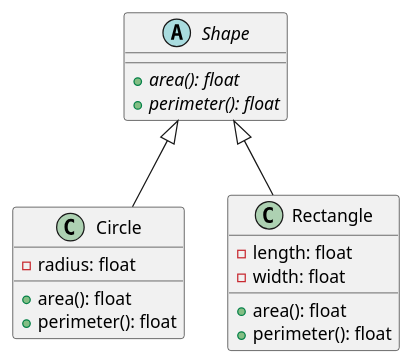
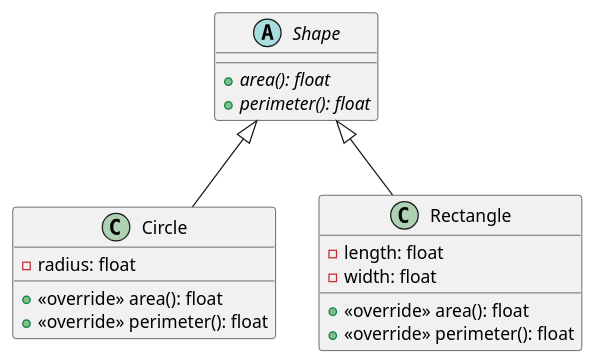
One commit to plops/cl-py-generator changed the sixth of 6 diagrams in example/127_design_patterns/README.md. Above: the diagram before and after it, drawn with PlantUML.

Commit message:
indicate the overridden functions

````diff
--- a/example/127_design_patterns/README.md
+++ b/example/127_design_patterns/README.md
@@ -506,26 +507,26 @@
 ```plantuml  
 @startuml  
-   
+  
 abstract class Shape {  
   {abstract} +area(): float  
   {abstract} +perimeter(): float  
 }  
-   
+  
 class Circle {  
   -radius: float  
-  +area(): float  
-  +perimeter(): float  
+  +<<override>> area(): float  
+  +<<override>> perimeter(): float  
 }  
-   
+  
 class Rectangle {  
   -length: float  
   -width: float  
-  +area(): float  
-  +perimeter(): float  
+  +<<override>> area(): float  
+  +<<override>> perimeter(): float  
 }  
-   
+  
 Shape <|-- Circle  
 Shape <|-- Rectangle  
-   
+  
 @enduml  
-```  
+```
````
